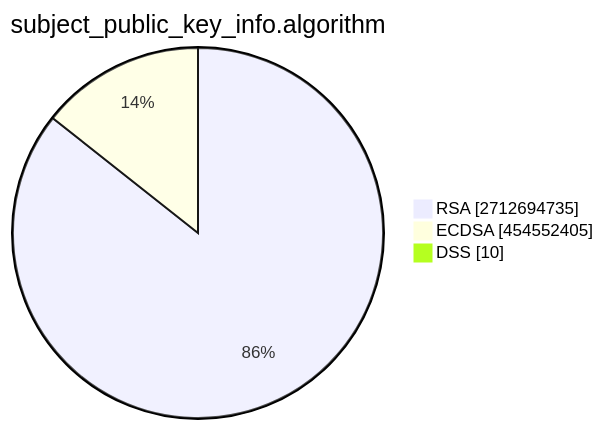
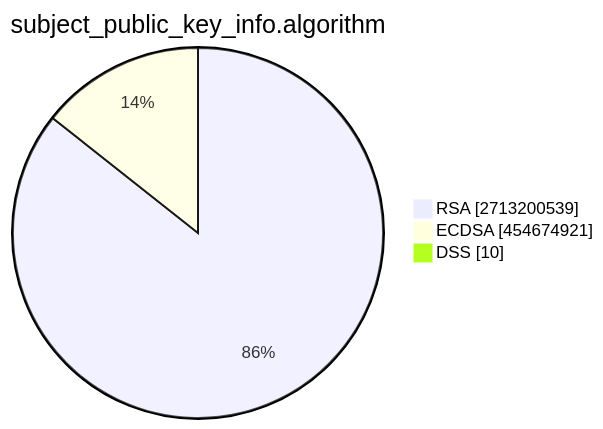
Before and after one commit to christiankrug/ctmonitor_visualization: the second of 15 diagrams in TOTAL/README.md, drawn with Mermaid. The commit also changed other lines of this file, not shown here.

````diff
--- a/TOTAL/README.md
+++ b/TOTAL/README.md
@@ -6,7 +6,7 @@
 ```mermaid
 pie showData
 title subject_public_key_info.algorithm
-"RSA" :2712694735
-"ECDSA" :454552405
+"RSA" :2713200539
+"ECDSA" :454674921
 "DSS" :10
 ```
````
